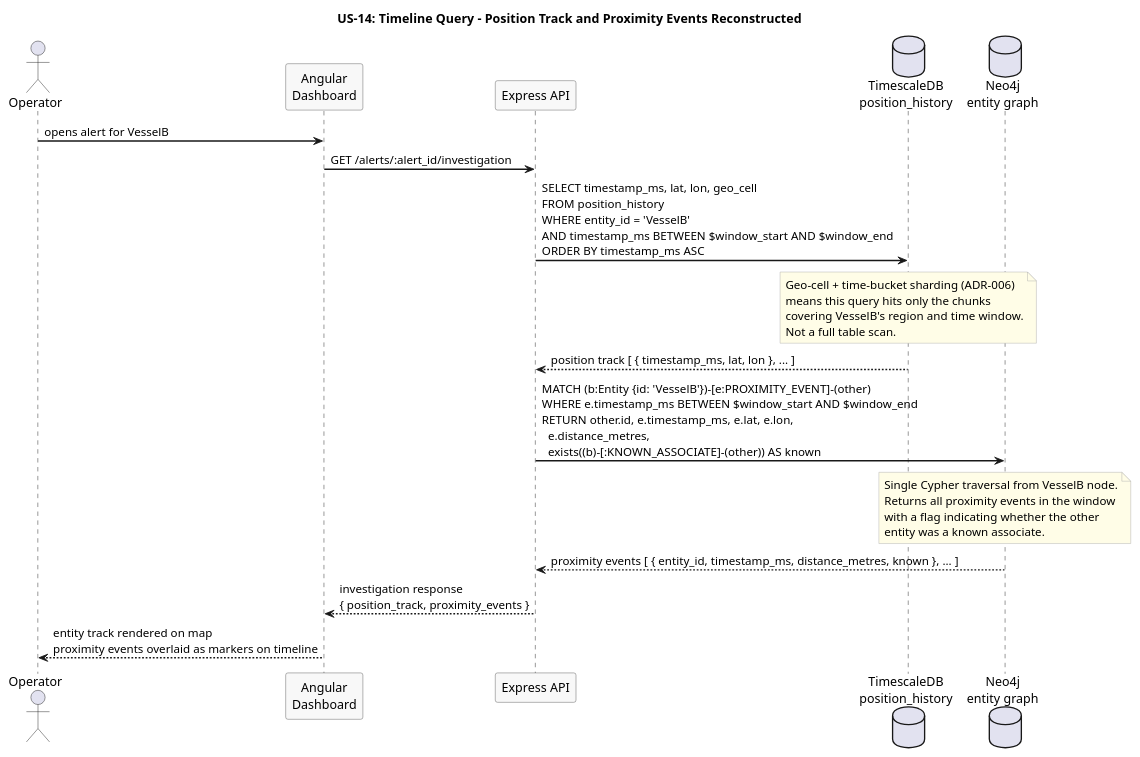
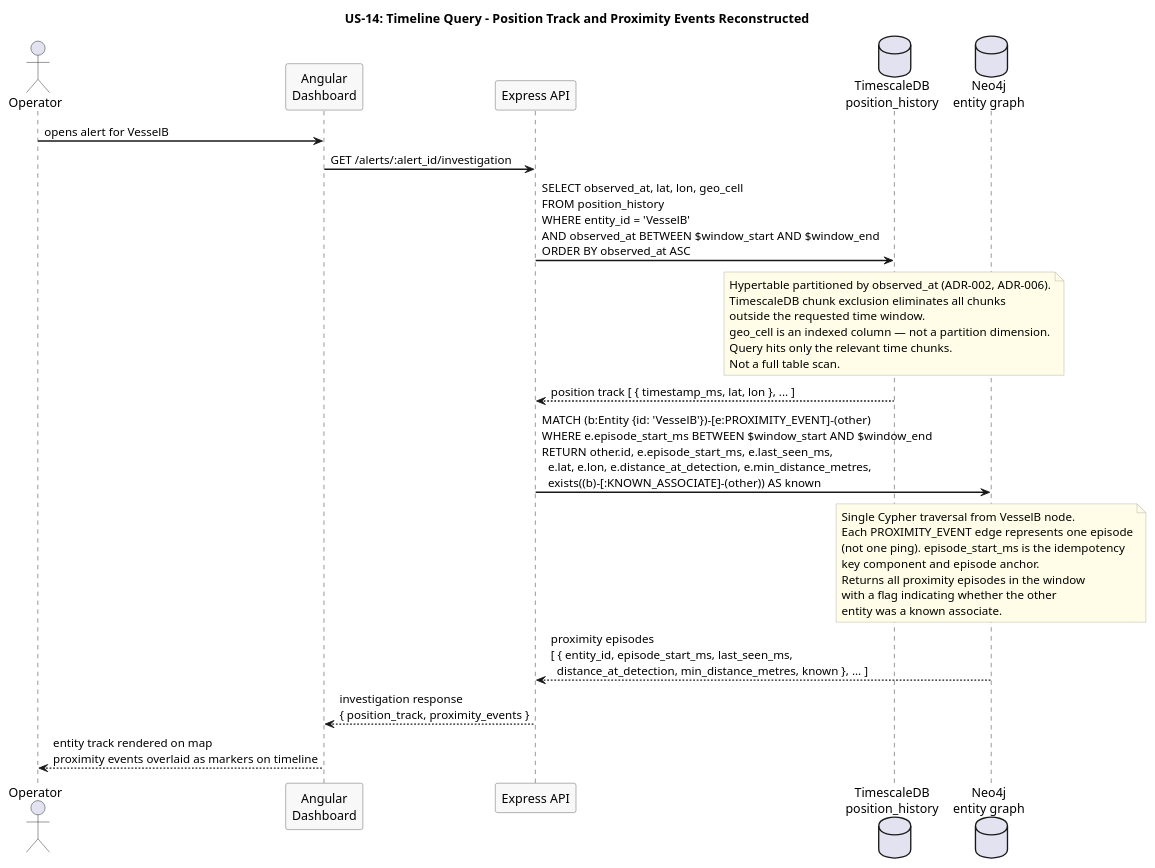
The diagram in docs/use-cases/US-14-entity-investigation/timeline-query.puml (Buffden/sentinel), drawn with PlantUML before and after one commit. The commit also changed 4 other files, not shown here.

First line of the commit message:
api: typed alert-events envelope, SUPERSEDED status, alert lifecycle and investigation diagrams

```diff
--- a/docs/use-cases/US-14-entity-investigation/timeline-query.puml
+++ b/docs/use-cases/US-14-entity-investigation/timeline-query.puml
@@ -1,44 +1,49 @@
 @startuml timeline-query
 title US-14: Timeline Query - Position Track and Proximity Events Reconstructed
 
 skinparam sequenceArrowThickness 1.5
 skinparam participantBorderColor #555555
 skinparam participantBackgroundColor #F8F8F8
 skinparam noteBorderColor #AAAAAA
 skinparam noteBackgroundColor #FFFDE7
 
 actor Operator
 participant "Angular\nDashboard" as Dashboard
 participant "Express API" as API
 database "TimescaleDB\nposition_history" as TSDB
 database "Neo4j\nentity graph" as Neo4j
 
 Operator -> Dashboard : opens alert for VesselB
 Dashboard -> API : GET /alerts/:alert_id/investigation
 
-API -> TSDB : SELECT timestamp_ms, lat, lon, geo_cell\nFROM position_history\nWHERE entity_id = 'VesselB'\nAND timestamp_ms BETWEEN $window_start AND $window_end\nORDER BY timestamp_ms ASC
+API -> TSDB : SELECT observed_at, lat, lon, geo_cell\nFROM position_history\nWHERE entity_id = 'VesselB'\nAND observed_at BETWEEN $window_start AND $window_end\nORDER BY observed_at ASC
 
 note over TSDB
-  Geo-cell + time-bucket sharding (ADR-006)
-  means this query hits only the chunks
-  covering VesselB's region and time window.
+  Hypertable partitioned by observed_at (ADR-002, ADR-006).
+  TimescaleDB chunk exclusion eliminates all chunks
+  outside the requested time window.
+  geo_cell is an indexed column — not a partition dimension.
+  Query hits only the relevant time chunks.
   Not a full table scan.
 end note
 
 TSDB --> API : position track [ { timestamp_ms, lat, lon }, ... ]
 
-API -> Neo4j : MATCH (b:Entity {id: 'VesselB'})-[e:PROXIMITY_EVENT]-(other)\nWHERE e.timestamp_ms BETWEEN $window_start AND $window_end\nRETURN other.id, e.timestamp_ms, e.lat, e.lon,\n  e.distance_metres,\n  exists((b)-[:KNOWN_ASSOCIATE]-(other)) AS known
+API -> Neo4j : MATCH (b:Entity {id: 'VesselB'})-[e:PROXIMITY_EVENT]-(other)\nWHERE e.episode_start_ms BETWEEN $window_start AND $window_end\nRETURN other.id, e.episode_start_ms, e.last_seen_ms,\n  e.lat, e.lon, e.distance_at_detection, e.min_distance_metres,\n  exists((b)-[:KNOWN_ASSOCIATE]-(other)) AS known
 
 note over Neo4j
   Single Cypher traversal from VesselB node.
-  Returns all proximity events in the window
+  Each PROXIMITY_EVENT edge represents one episode
+  (not one ping). episode_start_ms is the idempotency
+  key component and episode anchor.
+  Returns all proximity episodes in the window
   with a flag indicating whether the other
   entity was a known associate.
 end note
 
-Neo4j --> API : proximity events [ { entity_id, timestamp_ms, distance_metres, known }, ... ]
+Neo4j --> API : proximity episodes\n[ { entity_id, episode_start_ms, last_seen_ms,\n  distance_at_detection, min_distance_metres, known }, ... ]
 
 API --> Dashboard : investigation response\n{ position_track, proximity_events }
 Dashboard --> Operator : entity track rendered on map\nproximity events overlaid as markers on timeline
 
 @enduml
```
